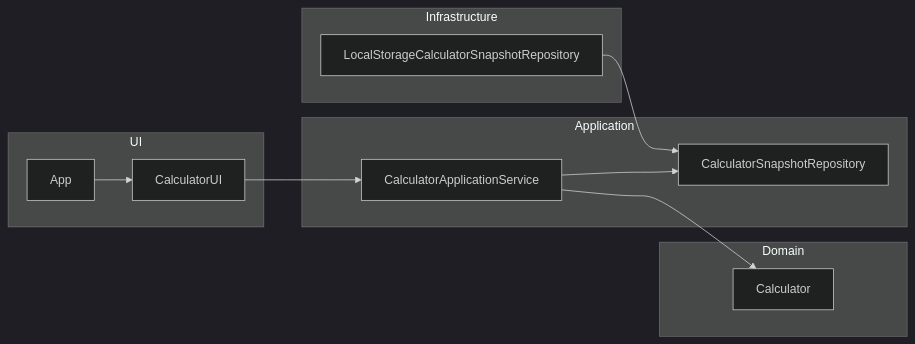
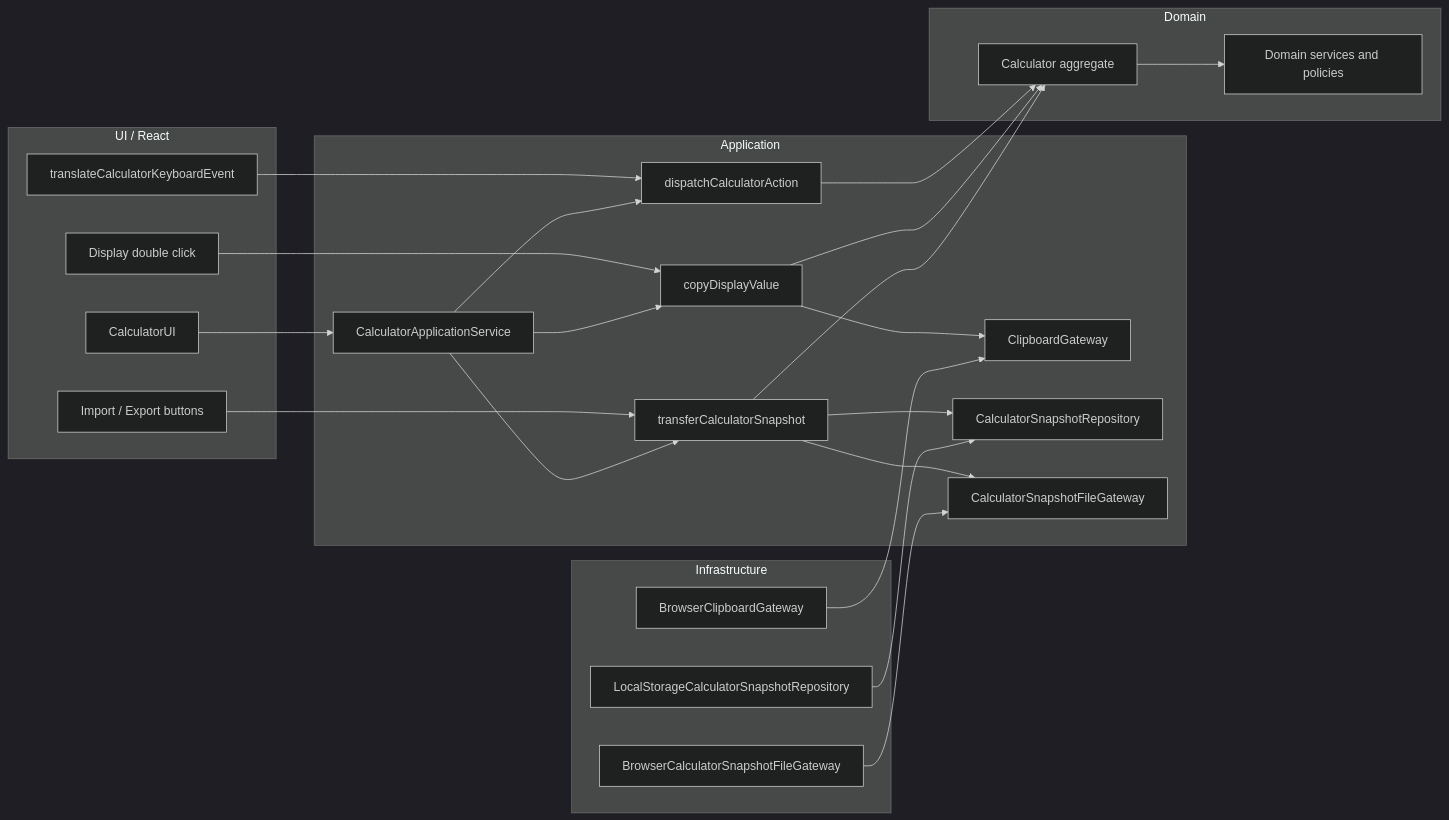
Before and after one commit to FelixNader/sumadora_2: the second of 5 diagrams in README.md, drawn with Mermaid (dark theme). The commit also changed other lines of this file and 11 other files, not shown here.

Commit message:
feat: add display copy use case and document browser ports

````diff
--- a/README.md
+++ b/README.md
@@ -50,26 +53,48 @@
 ```mermaid
 flowchart LR
-    subgraph Domain["Domain"]
-        Calc["Calculator"]
+    subgraph UI["UI / React"]
+        Screen["CalculatorUI"]
+        Keyboard["translateCalculatorKeyboardEvent"]
+        Display["Display double click"]
+        SnapshotButtons["Import / Export buttons"]
     end
 
     subgraph Application["Application"]
+        Dispatch["dispatchCalculatorAction"]
+        Copy["copyDisplayValue"]
+        Transfer["transferCalculatorSnapshot"]
         Service["CalculatorApplicationService"]
-        Port["CalculatorSnapshotRepository"]
+        ClipboardPort["ClipboardGateway"]
+        SnapshotRepoPort["CalculatorSnapshotRepository"]
+        SnapshotFilePort["CalculatorSnapshotFileGateway"]
+    end
+
+    subgraph Domain["Domain"]
+        Calc["Calculator aggregate"]
+        Rules["Domain services and policies"]
     end
 
     subgraph Infrastructure["Infrastructure"]
+        ClipboardAdapter["BrowserClipboardGateway"]
         LocalRepo["LocalStorageCalculatorSnapshotRepository"]
+        FileAdapter["BrowserCalculatorSnapshotFileGateway"]
     end
 
-    subgraph UI["UI"]
-        Screen["CalculatorUI"]
-        App["App"]
-    end
-
-    App --> Screen
     Screen --> Service
-    Service --> Calc
-    Service --> Port
-    LocalRepo --> Port
+    Keyboard --> Dispatch
+    Display --> Copy
+    SnapshotButtons --> Transfer
+    Service --> Dispatch
+    Service --> Copy
+    Service --> Transfer
+    Dispatch --> Calc
+    Copy --> Calc
+    Transfer --> Calc
+    Calc --> Rules
+    Copy --> ClipboardPort
+    Transfer --> SnapshotRepoPort
+    Transfer --> SnapshotFilePort
+    ClipboardAdapter --> ClipboardPort
+    LocalRepo --> SnapshotRepoPort
+    FileAdapter --> SnapshotFilePort
 ```
````
